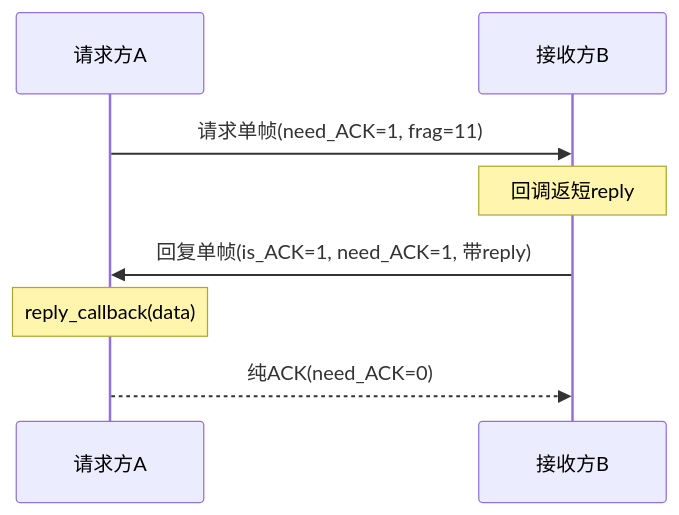
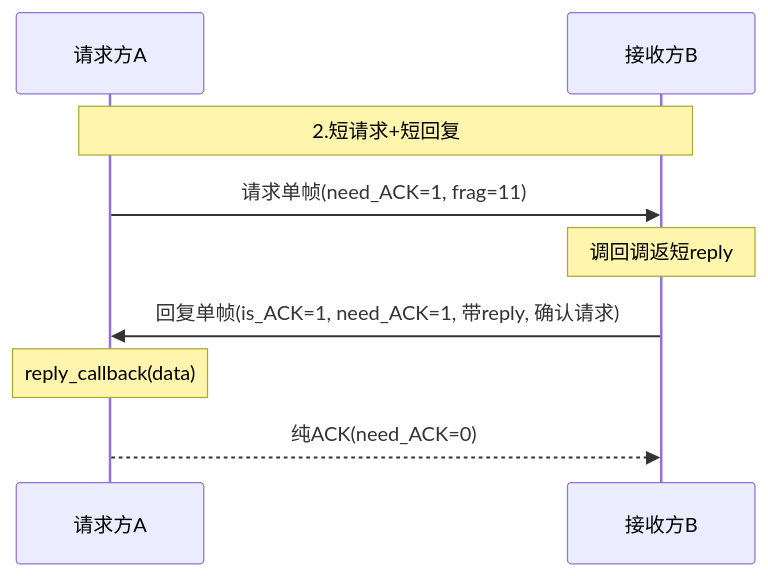
Before and after one commit to Siaiai/ObsidianNote: the second of 13 diagrams in 工作/项目/代码/260401S3分拣面板-SIA-R9000P.md, drawn with Mermaid. The commit also changed other lines of this file and 1 other file, not shown here.

````diff
--- a/工作/项目/代码/260401S3分拣面板-SIA-R9000P.md
+++ b/工作/项目/代码/260401S3分拣面板-SIA-R9000P.md
@@ -119,10 +120,11 @@
 ```mermaid
 sequenceDiagram
     participant A as 请求方A
     participant B as 接收方B
+    Note over A,B: 2.短请求+短回复
     A->>B: 请求单帧(need_ACK=1, frag=11)
-    Note over B: 回调返短reply
-    B->>A: 回复单帧(is_ACK=1, need_ACK=1, 带reply)
+    Note over B: 调回调返短reply
+    B->>A: 回复单帧(is_ACK=1, need_ACK=1, 带reply, 确认请求)
     Note over A: reply_callback(data)
     A-->>B: 纯ACK(need_ACK=0)
 ```
````
